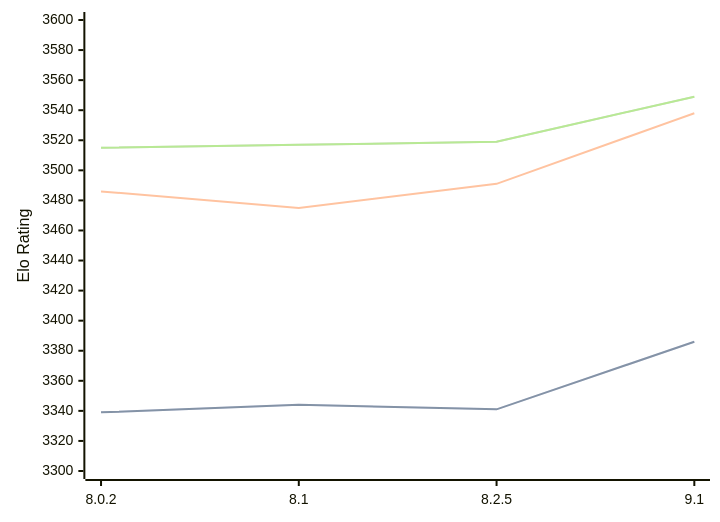
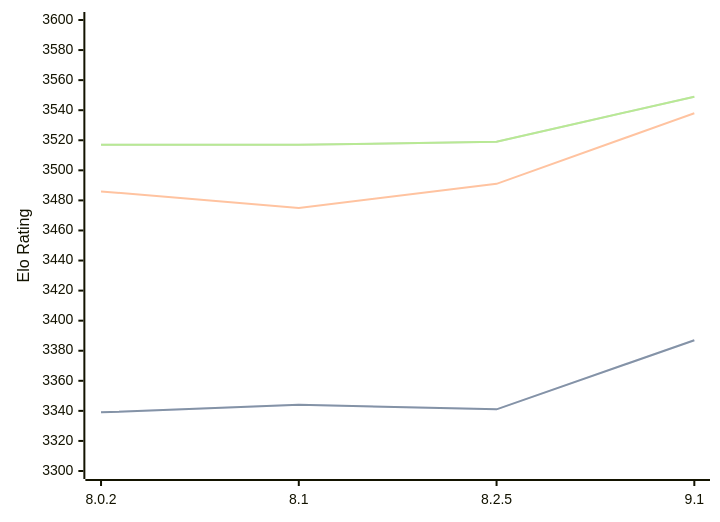
One commit to computer-chess-index/cci changed the diagram in engines/Clover.md. Above: the diagram before and after it, drawn with Mermaid. The commit also changed other lines of this file, not shown here.

Commit message:
Update CCI Ratings (ELO VLTC) - 2026-09-04

````diff
--- a/engines/Clover.md
+++ b/engines/Clover.md
@@ -35,11 +35,11 @@
 ```mermaid
 %%{init: {"theme":"base","themeVariables":{"seriesColors:['#a3a3a3','#222221','#faa371']}}}%%
 xychart-beta
   x-axis ["8.0.2", "8.1", "8.2.5", "9.1"]
   y-axis "Elo Rating" 3300 --> 3600
-  line "" [3339, 3344, 3341, 3386]
-  line "STC (8.0+0.08s)" [3339, 3344, 3341, 3386]
+  line "" [3339, 3344, 3341, 3387]
+  line "STC (8.0+0.08s)" [3339, 3344, 3341, 3387]
   line "LTC (60.0+0.60s)" [3486, 3475, 3491, 3538]
-  line "" [3515, 3517, 3519, 3549]
-  line "VLTC (2m24s+1.12s)" [3515, 3517, 3519, 3549]
+  line "" [3517, 3517, 3519, 3549]
+  line "VLTC (2m24s+1.12s)" [3517, 3517, 3519, 3549]
 ```
````
